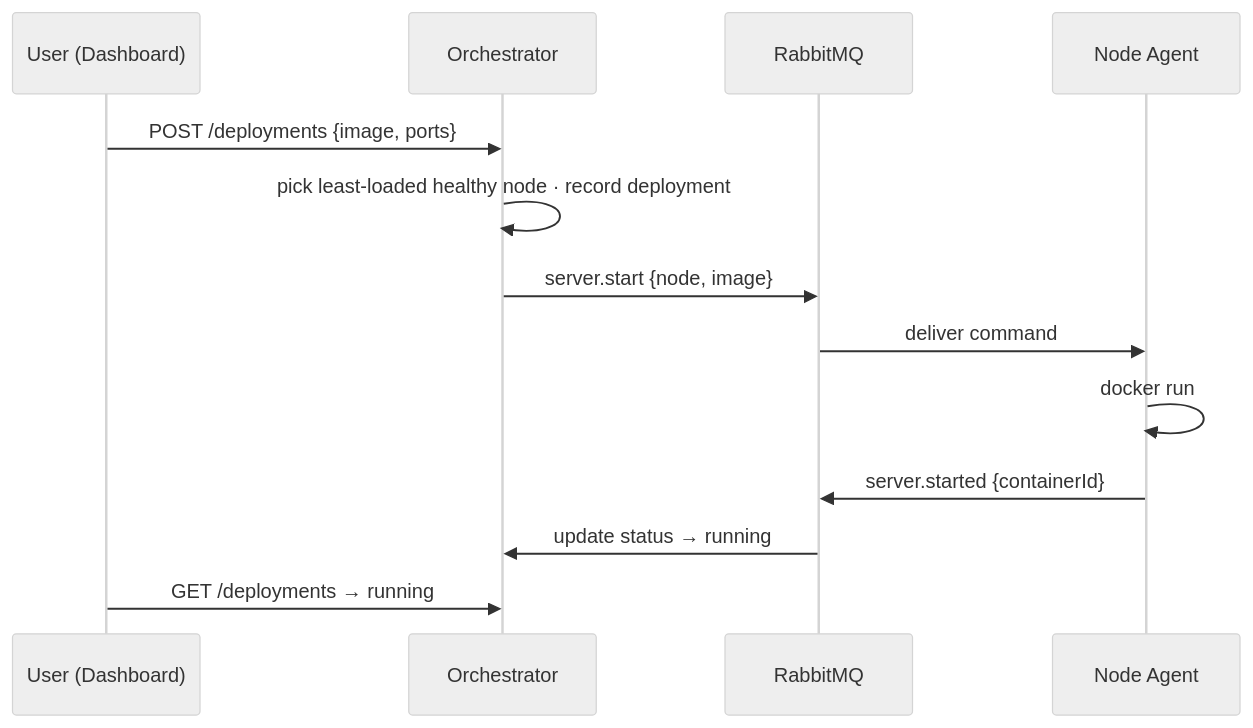
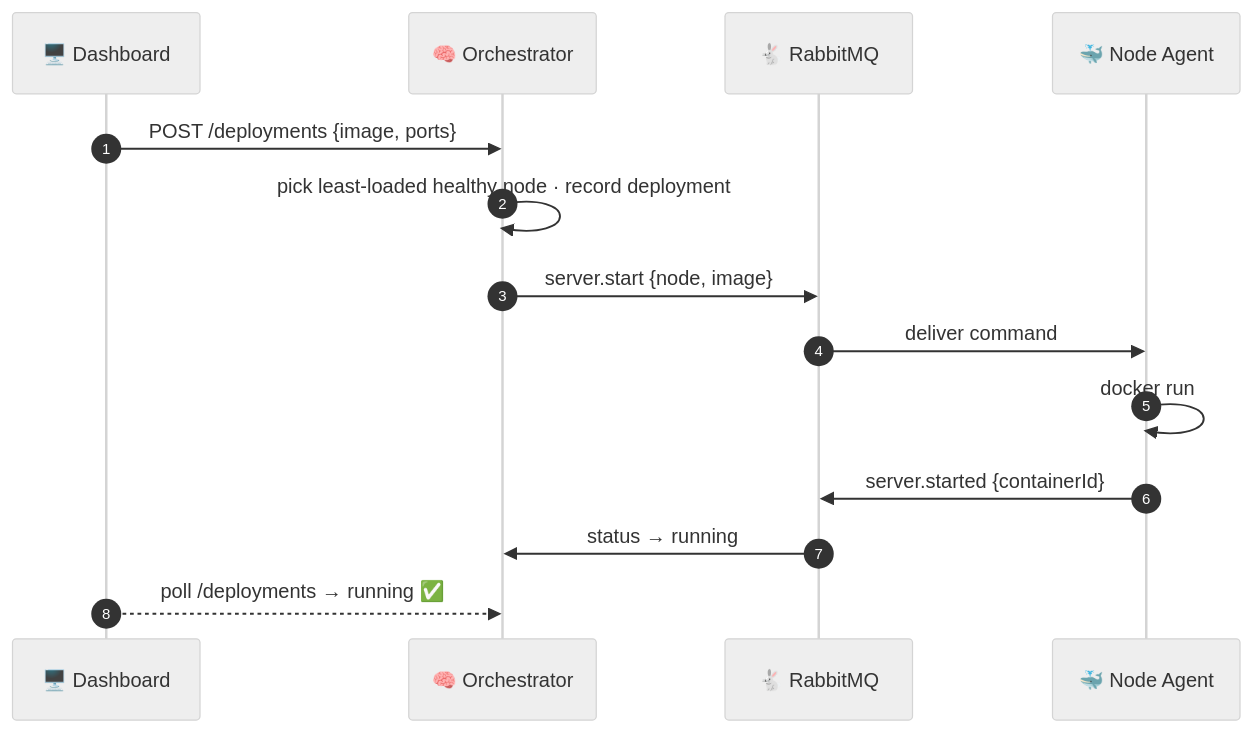
One commit to Tombomeke-Studios/NexusInfra changed the second of 3 diagrams in README.md. Above: the diagram before and after it, drawn with Mermaid (neutral theme). The commit also changed other lines of this file, not shown here.

````diff
--- a/README.md
+++ b/README.md
@@ -84,16 +108,17 @@
 ```mermaid
 sequenceDiagram
-    participant U as User (Dashboard)
-    participant O as Orchestrator
-    participant Q as RabbitMQ
-    participant A as Node Agent
+    autonumber
+    participant U as 🖥️ Dashboard
+    participant O as 🧠 Orchestrator
+    participant Q as 🐇 RabbitMQ
+    participant A as 🐳 Node Agent
 
     U->>O: POST /deployments {image, ports}
     O->>O: pick least-loaded healthy node · record deployment
     O->>Q: server.start {node, image}
     Q->>A: deliver command
     A->>A: docker run
     A->>Q: server.started {containerId}
-    Q->>O: update status → running
-    U->>O: GET /deployments → running
+    Q->>O: status → running
+    U-->>O: poll /deployments → running ✅
 ```
````
